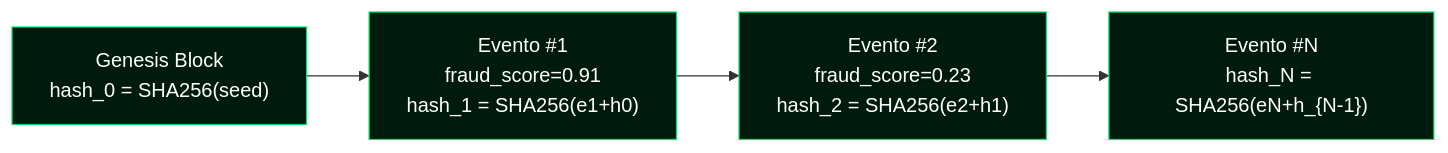
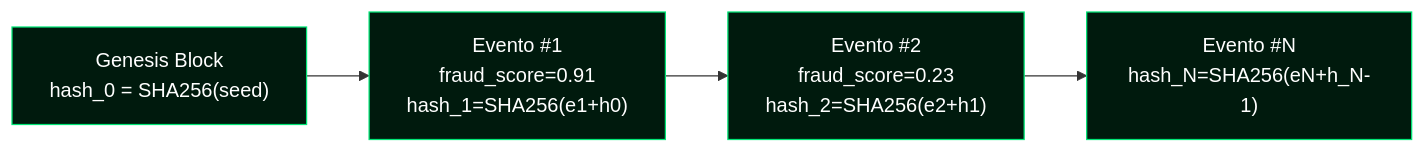
The diagram in README.md (maykonlincolnusa/PIX-Fraud-RealTime), drawn with Mermaid before and after one commit. The commit also changed other lines of this file, not shown here.

````diff
--- a/README.md
+++ b/README.md
@@ -472,14 +460,14 @@
 ```mermaid
 graph LR
     E0["Genesis Block\nhash_0 = SHA256(seed)"]
-    E1["Evento #1\nfraud_score=0.91\nhash_1 = SHA256(e1+h0)"]
-    E2["Evento #2\nfraud_score=0.23\nhash_2 = SHA256(e2+h1)"]
-    E3["Evento #N\nhash_N = SHA256(eN+h_{N-1})"]
+    E1["Evento #1\nfraud_score=0.91\nhash_1=SHA256(e1+h0)"]
+    E2["Evento #2\nfraud_score=0.23\nhash_2=SHA256(e2+h1)"]
+    EN["Evento #N\nhash_N=SHA256(eN+h_N-1)"]
 
-    E0 --> E1 --> E2 --> E3
+    E0 --> E1 --> E2 --> EN
 
     style E0 fill:#001a0d,stroke:#00e676,color:#fff
     style E1 fill:#001a0d,stroke:#00e676,color:#fff
     style E2 fill:#001a0d,stroke:#00e676,color:#fff
-    style E3 fill:#001a0d,stroke:#00e676,color:#fff
+    style EN fill:#001a0d,stroke:#00e676,color:#fff
 ```
````
